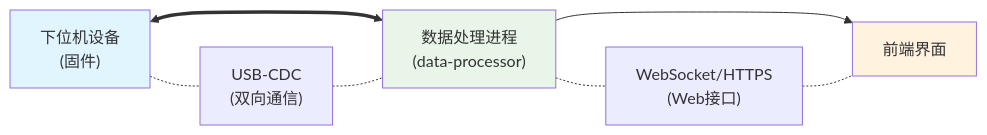
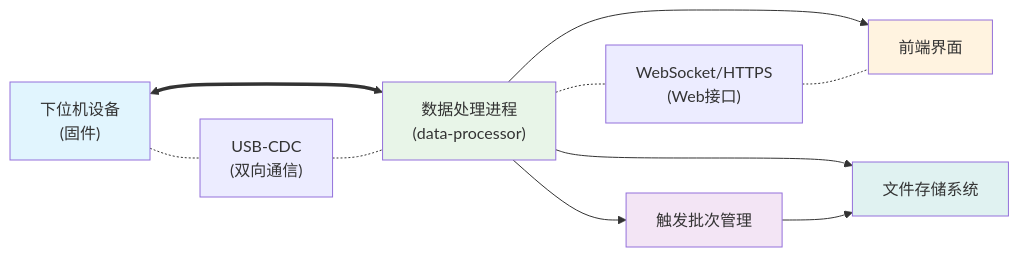
Before and after one commit to distri-data-recorder/data-recorder-backend: the first of 5 diagrams in doc/protocol_doc.md, drawn with Mermaid. The commit also changed other lines of this file and 7 other files, not shown here.

````diff
--- a/doc/protocol_doc.md
+++ b/doc/protocol_doc.md
@@ -11,19 +11,26 @@
 ```mermaid
 graph LR
     A["下位机设备<br/>(固件)"] 
     B["数据处理进程<br/>(data-processor)"] 
     C["前端界面"]
+    D["触发批次管理"]
+    E["文件存储系统"]
 
     A <==> B
     B --> C
+    B --> D
+    B --> E
+    D --> E
 
-    A -.- D["USB-CDC<br/>(双向通信)"]
-    D -.- B
+    A -.- F["USB-CDC<br/>(双向通信)"]
+    F -.- B
     
-    B -.- E["WebSocket/HTTPS<br/>(Web接口)"]
-    E -.- C
+    B -.- G["WebSocket/HTTPS<br/>(Web接口)"]
+    G -.- C
 
     style A fill:#e1f5fe
     style B fill:#e8f5e8
     style C fill:#fff3e0
+    style D fill:#f3e5f5
+    style E fill:#e0f2f1
 ```
````
